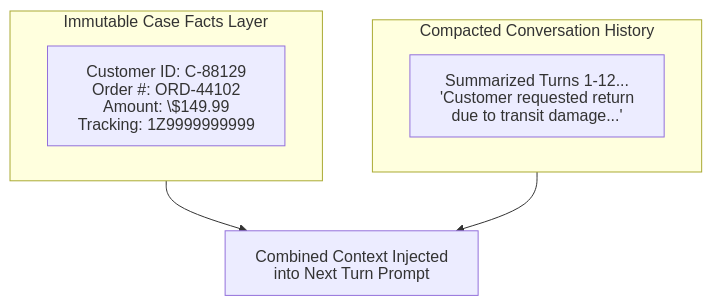
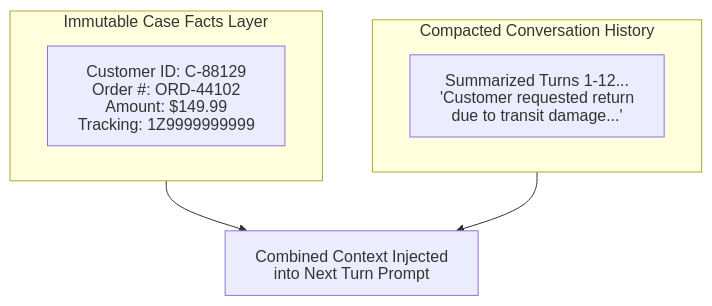
The seventh of 8 diagrams in EXAM_REFRESHER.md (dip4k/claude_cert_architect_foundation_prep), drawn with Mermaid before and after one commit. The commit also changed other lines of this file and 56 other files, not shown here.

Commit message:
docs: improve beginner clarity, flow, Mermaid compliance across domains and expand EXAM_REFRESHER to all 30 TS

````diff
--- a/EXAM_REFRESHER.md
+++ b/EXAM_REFRESHER.md
@@ -377,15 +783,15 @@
 ```mermaid
 ---
 config:
   htmlLabels: false
 ---
 flowchart TD
     subgraph Facts ["Immutable Case Facts Layer"]
-        CF["Customer ID: C-88129<br>Order #: ORD-44102<br>Amount: \$149.99<br>Tracking: 1Z9999999999"]
+        CF["Customer ID: C-88129<br>Order #: ORD-44102<br>Amount: $149.99<br>Tracking: 1Z9999999999"]
     end
     subgraph History ["Compacted Conversation History"]
         CH["Summarized Turns 1-12...<br>'Customer requested return<br>due to transit damage...'"]
     end
     Facts --> Context["Combined Context Injected<br>into Next Turn Prompt"]
     History --> Context
 ```
````
